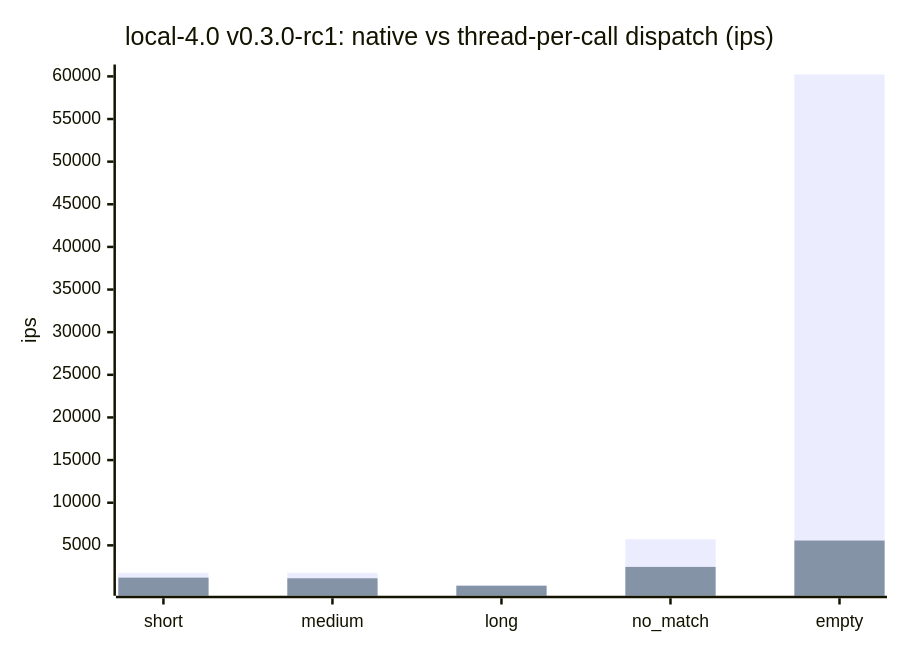
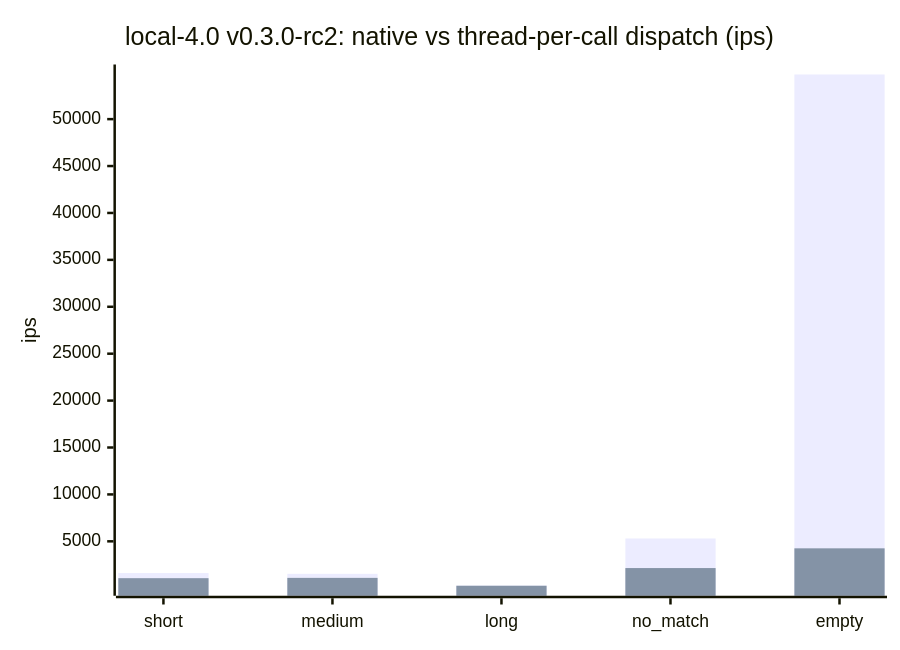
One commit to cpb/duckling changed the fifth of 7 diagrams in docs/benchmarks/README.md. Above: the diagram before and after it, drawn with Mermaid. The commit also changed other lines of this file and 2 other files, not shown here.

First line of the commit message:
bench: backfill local-3.3 and local-4.0 data points for 0.3.0-rc2

````diff
--- a/docs/benchmarks/README.md
+++ b/docs/benchmarks/README.md
@@ -202,8 +202,8 @@
 ```mermaid
 xychart-beta
-    title "local-4.0 v0.3.0-rc1: native vs thread-per-call dispatch (ips)"
+    title "local-4.0 v0.3.0-rc2: native vs thread-per-call dispatch (ips)"
     x-axis [short, medium, long, no_match, empty]
     y-axis "ips"
-    bar "native" [1778.2, 1780.1, 331.1, 5710.4, 60220.8]
-    bar "thread-per-call" [1211.9, 1136.8, 261.7, 2470.9, 5564.1]
+    bar "native" [1618.9, 1537.8, 290.8, 5305.2, 54756.8]
+    bar "thread-per-call" [1072.0, 1105.7, 265.7, 2150.9, 4254.3]
 ```
````
